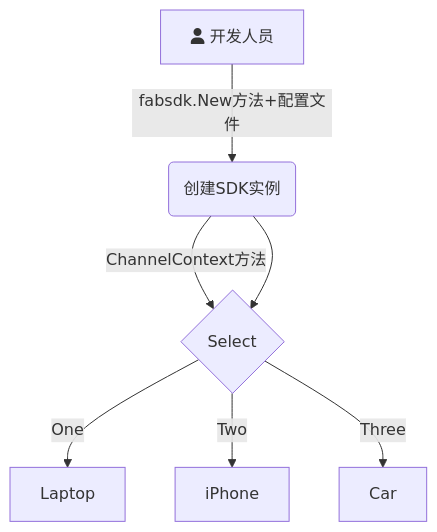
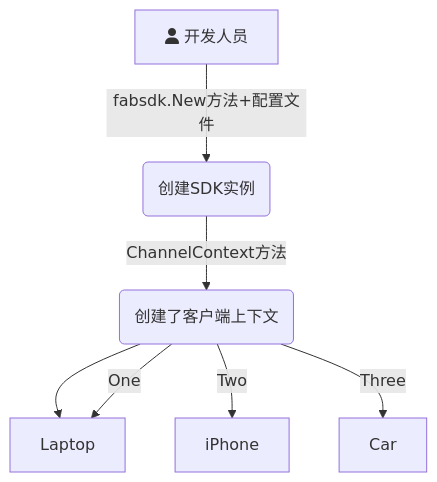
Before and after one commit to Utekichan/iodraw-files: the diagram in all/未命名.md, drawn with Mermaid.

Commit message:
2024-03-30 22:10:53 update

````diff
--- a/all/未命名.md
+++ b/all/未命名.md
@@ -1,10 +1,10 @@
 ```mermaid
 graph TD
     A[fa:fa-user 开发人员] -->|fabsdk.New方法+配置文件| B(创建SDK实例)
     B-->|ChannelContext方法| C(创建了客户端上下文)
-    B --> C{Select}
+    C --> D{Select}
     C -->|One| D[Laptop]
     C -->|Two| E[iPhone]
     C -->|Three| F[Car]
   
 ```
````
